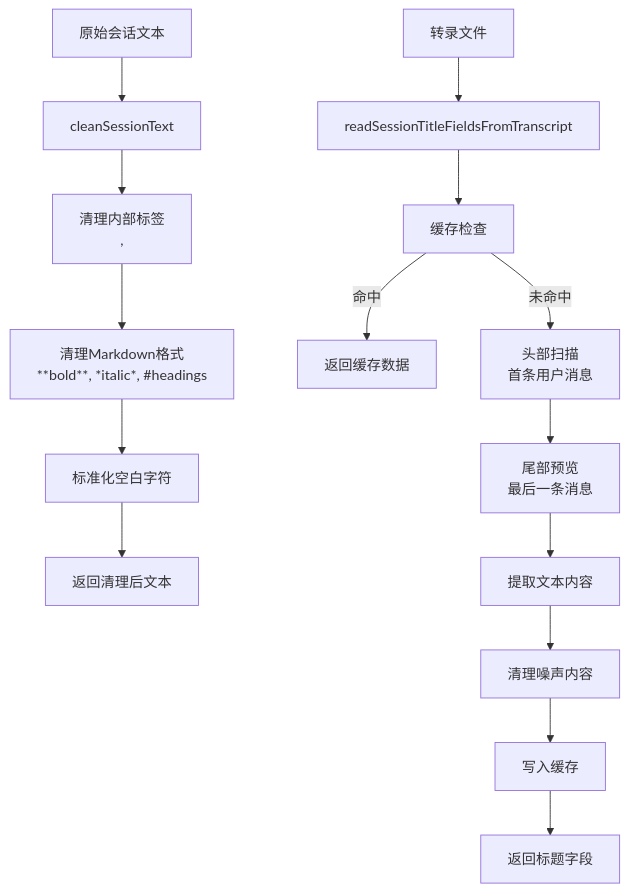
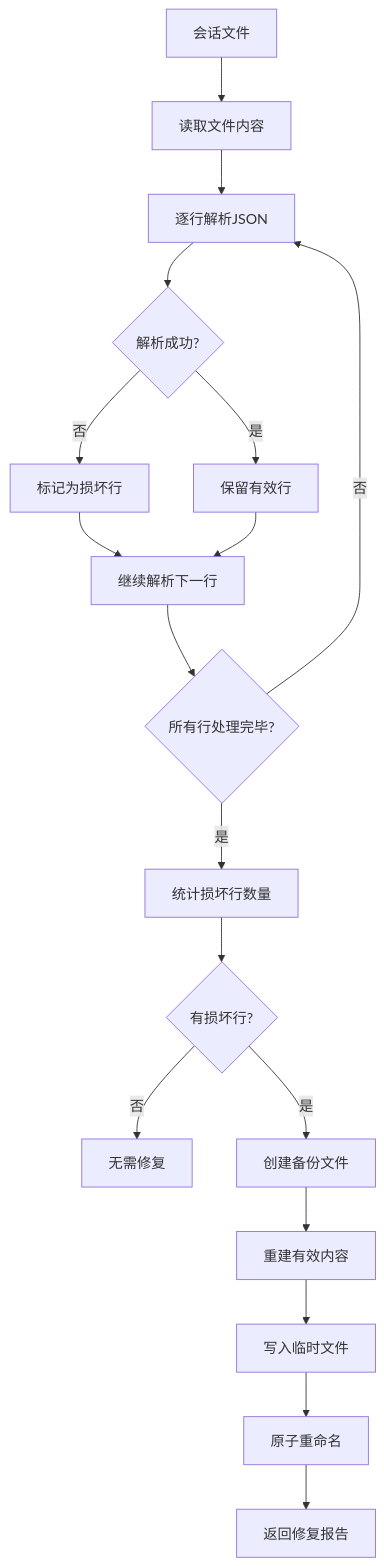
One commit to verse-ai-org/openclaw changed the tenth of 18 diagrams in .qoder/repowiki/zh/content/核心概念/会话管理.md. Above: the diagram before and after it, drawn with Mermaid. The commit also changed other lines of this file and 20 other files, not shown here.

````diff
--- a/.qoder/repowiki/zh/content/核心概念/会话管理.md
+++ b/.qoder/repowiki/zh/content/核心概念/会话管理.md
@@ -507,17 +556,20 @@
 ```mermaid
 flowchart TD
-A["原始会话文本"] --> B["cleanSessionText"]
-B --> C["清理内部标签<br/><final>, <cron:...>"]
-C --> D["清理Markdown格式<br/>**bold**, *italic*, #headings"]
-D --> E["标准化空白字符"]
-E --> F["返回清理后文本"]
-G["转录文件"] --> H["readSessionTitleFieldsFromTranscript"]
-H --> I["缓存检查"]
-I --> |命中| J["返回缓存数据"]
-I --> |未命中| K["头部扫描<br/>首条用户消息"]
-K --> L["尾部预览<br/>最后一条消息"]
-L --> M["提取文本内容"]
-M --> N["清理噪声内容"]
-N --> O["写入缓存"]
-O --> P["返回标题字段"]
+A["会话文件"] --> B["读取文件内容"]
+B --> C["逐行解析JSON"]
+C --> D{"解析成功?"}
+D --> |是| E["保留有效行"]
+D --> |否| F["标记为损坏行"]
+F --> G["继续解析下一行"]
+E --> G
+G --> H{"所有行处理完毕?"}
+H --> |否| C
+H --> |是| I["统计损坏行数量"]
+I --> J{"有损坏行?"}
+J --> |否| K["无需修复"]
+J --> |是| L["创建备份文件"]
+L --> M["重建有效内容"]
+M --> N["写入临时文件"]
+N --> O["原子重命名"]
+O --> P["返回修复报告"]
 ```
````
